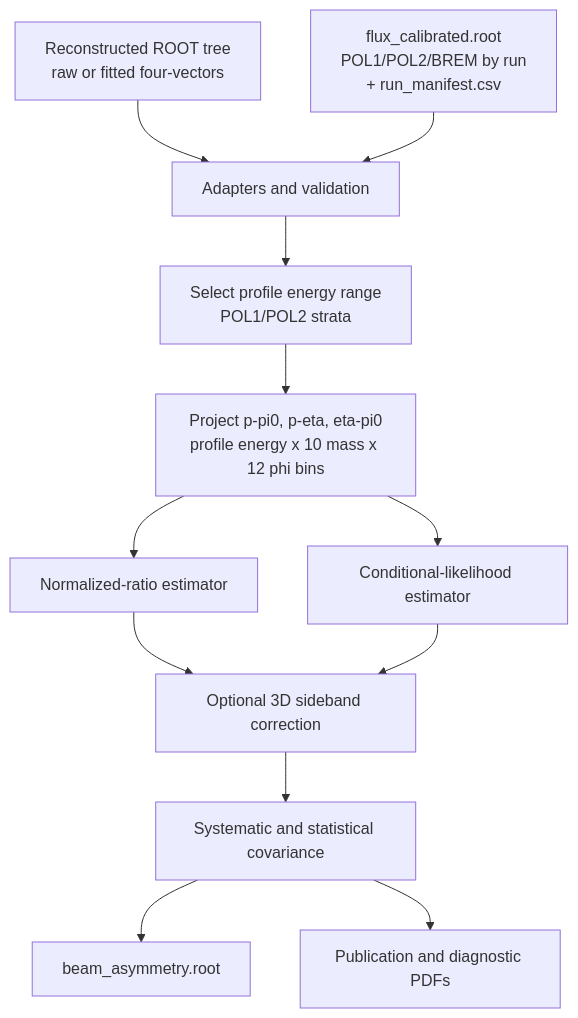
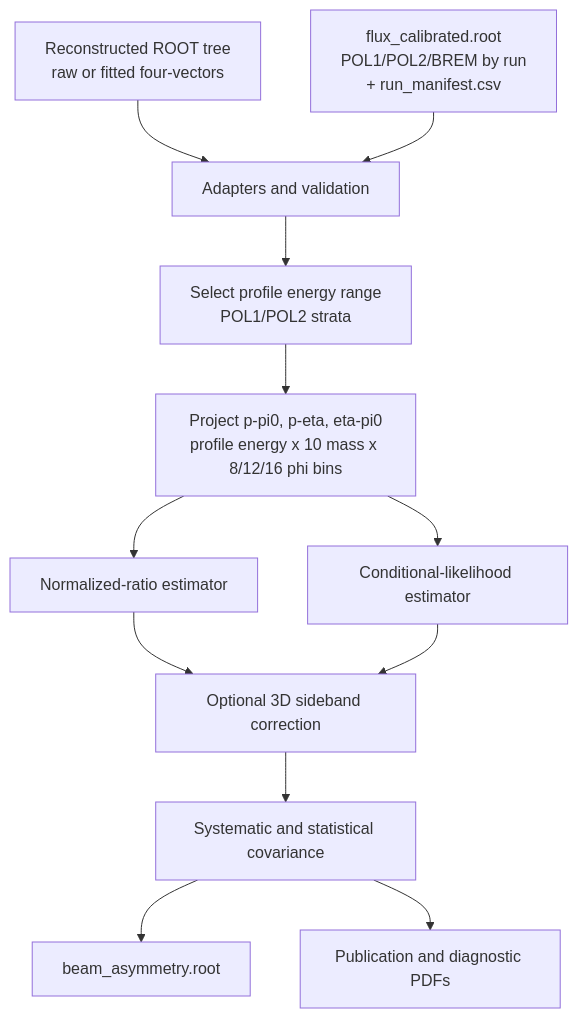
The diagram in wiki/07-observable-extraction.md (AntoninoFulci/GRAAL_Analysis), drawn with Mermaid before and after one commit. The commit also changed other lines of this file and 37 other files, not shown here.

````diff
--- a/wiki/07-observable-extraction.md
+++ b/wiki/07-observable-extraction.md
@@ -13,24 +13,24 @@
 ```mermaid
 flowchart TB
     E["Reconstructed ROOT tree<br/>raw or fitted four-vectors"]
     X["flux_calibrated.root<br/>POL1/POL2/BREM by run<br/>+ run_manifest.csv"]
     A["Adapters and validation"]
     B["Select profile energy range<br/>POL1/POL2 strata"]
-    K["Project p-pi0, p-eta, eta-pi0<br/>profile energy x 10 mass x 12 phi bins"]
+    K["Project p-pi0, p-eta, eta-pi0<br/>profile energy x 10 mass x 8/12/16 phi bins"]
     R["Normalized-ratio estimator"]
     L["Conditional-likelihood estimator"]
     C["Optional 3D sideband correction"]
     S["Systematic and statistical covariance"]
     O["beam_asymmetry.root"]
     P["Publication and diagnostic PDFs"]
     E --> A
     X --> A
     A --> B --> K
     K --> R
     K --> L
     R --> C
     L --> C
     C --> S
     S --> O
     S --> P
 ```
````
